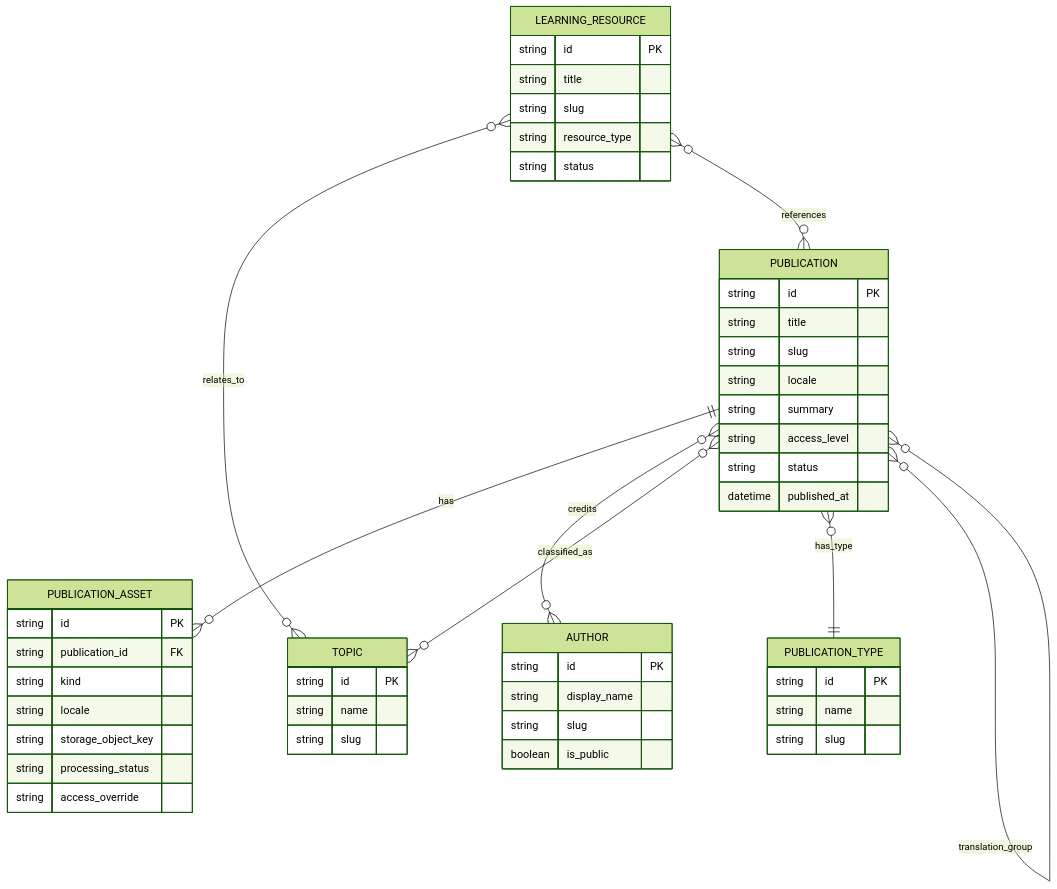
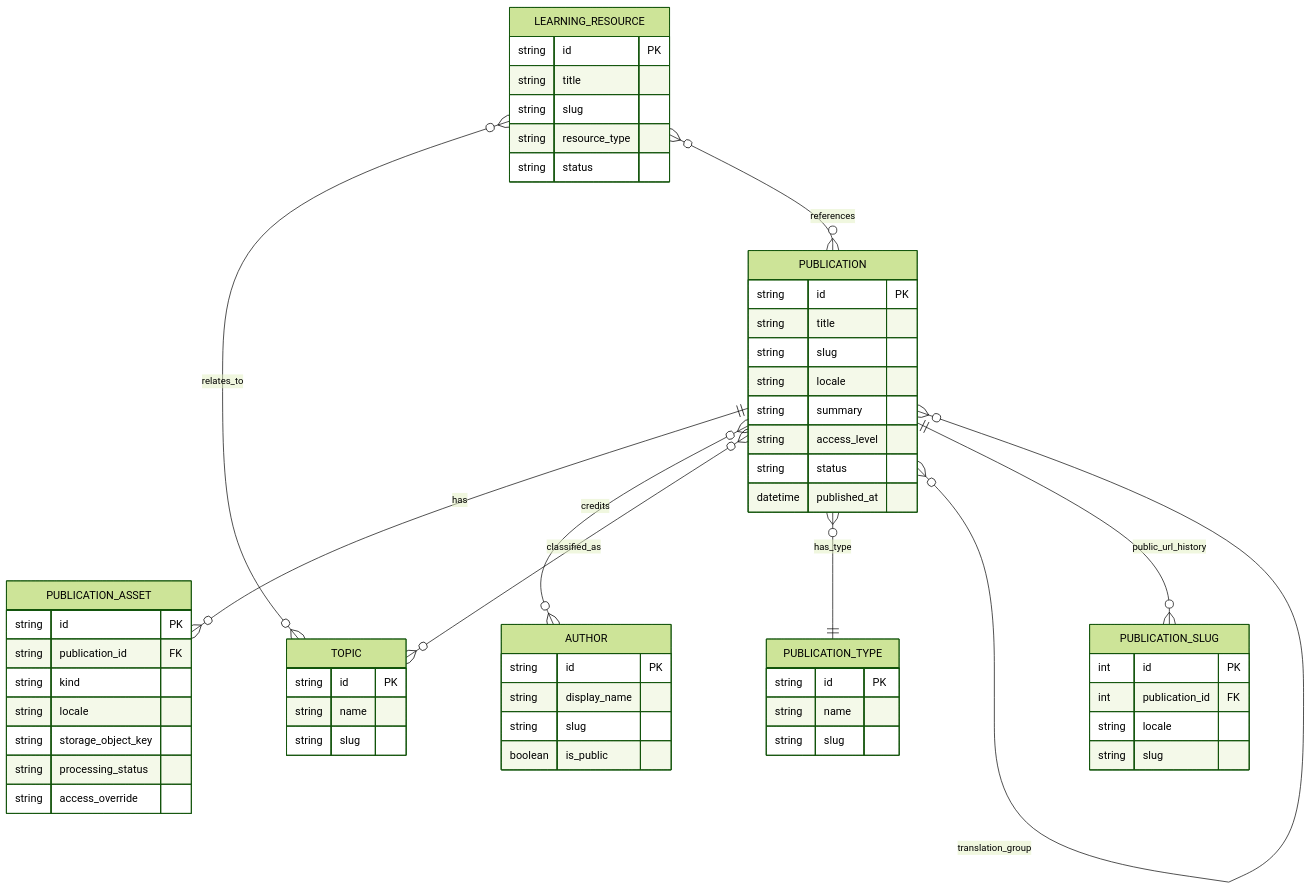
One commit to mahira-id/mahira-foundation changed the first of 2 diagrams in docs/architecture/ERD.md. Above: the diagram before and after it, drawn with Mermaid (forest theme). The commit also changed other lines of this file and 7 other files, not shown here.

First line of the commit message:
docs(M3-07): slug history, old-slug 308, tests and traceability

````diff
--- a/docs/architecture/ERD.md
+++ b/docs/architecture/ERD.md
@@ -8,53 +8,60 @@
 ```mermaid
 erDiagram
   PUBLICATION ||--o{ PUBLICATION_ASSET : has
   PUBLICATION }o--o{ AUTHOR : credits
   PUBLICATION }o--o{ TOPIC : classified_as
   PUBLICATION }o--|| PUBLICATION_TYPE : has_type
   PUBLICATION }o--o{ PUBLICATION : translation_group
+  PUBLICATION ||--o{ PUBLICATION_SLUG : public_url_history
   LEARNING_RESOURCE }o--o{ TOPIC : relates_to
   LEARNING_RESOURCE }o--o{ PUBLICATION : references
 
   PUBLICATION {
     string id PK
     string title
     string slug
     string locale
     string summary
     string access_level
     string status
     datetime published_at
+  }
+  PUBLICATION_SLUG {
+    int id PK
+    int publication_id FK
+    string locale
+    string slug
   }
   PUBLICATION_ASSET {
     string id PK
     string publication_id FK
     string kind
     string locale
     string storage_object_key
     string processing_status
     string access_override
   }
   AUTHOR {
     string id PK
     string display_name
     string slug
     boolean is_public
   }
   TOPIC {
     string id PK
     string name
     string slug
   }
   PUBLICATION_TYPE {
     string id PK
     string name
     string slug
   }
   LEARNING_RESOURCE {
     string id PK
     string title
     string slug
     string resource_type
     string status
   }
 ```
````
